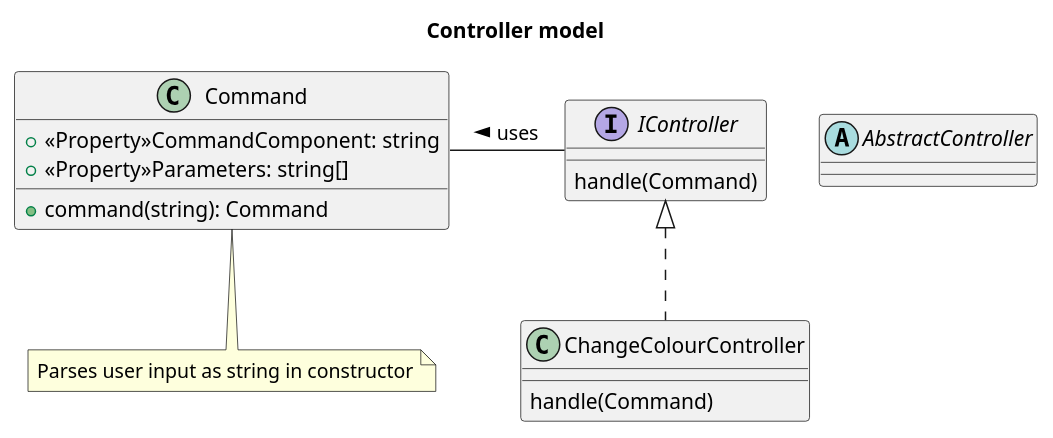
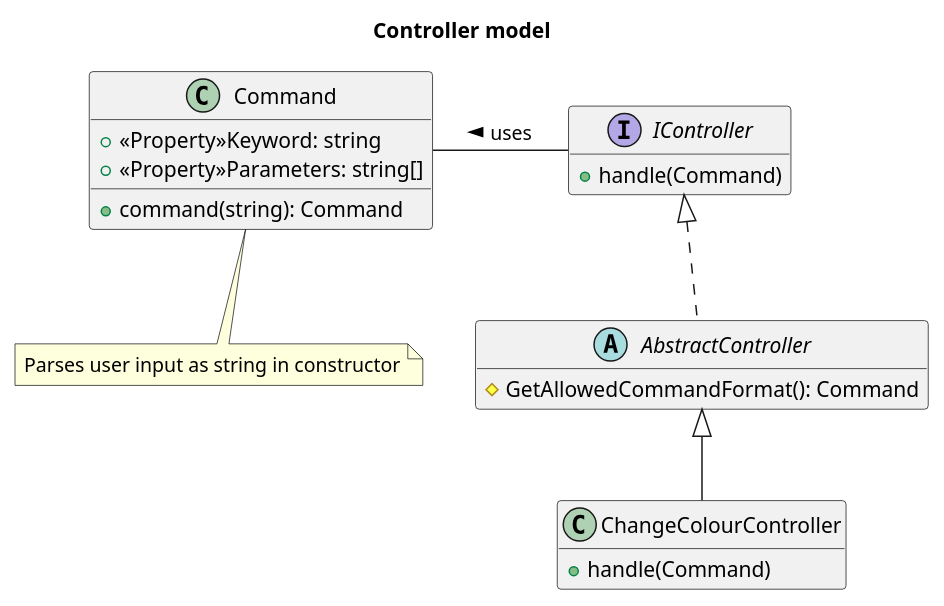
Before and after one commit to Kohort13/PG3302-Eksamen: the diagram in UML diagrams/ControllerModel.puml, drawn with PlantUML. The commit also changed 21 other files, not shown here.

```diff
--- a/UML diagrams/ControllerModel.puml
+++ b/UML diagrams/ControllerModel.puml
@@ -1,24 +1,25 @@
 @startuml ControllerModel
     title Controller model
+    hide empty members
     class Command{
-        + <<Property>>CommandComponent: string
+        + <<Property>>Keyword: string
         + <<Property>>Parameters: string[]
         + command(string): Command
     }
     note bottom: Parses user input as string in constructor
 
     interface IController{
-        handle(Command)
+        + handle(Command)
     }
 
-    abstract class AbstractController{
-        
+    abstract class AbstractController implements IController{
+        # GetAllowedCommandFormat(): Command
     }
 
     IController -left- Command: uses >
 
-    class ChangeColourController implements IController{
-        handle(Command)
+    class ChangeColourController extends AbstractController{
+        + handle(Command)
     }
     
 @enduml
```
